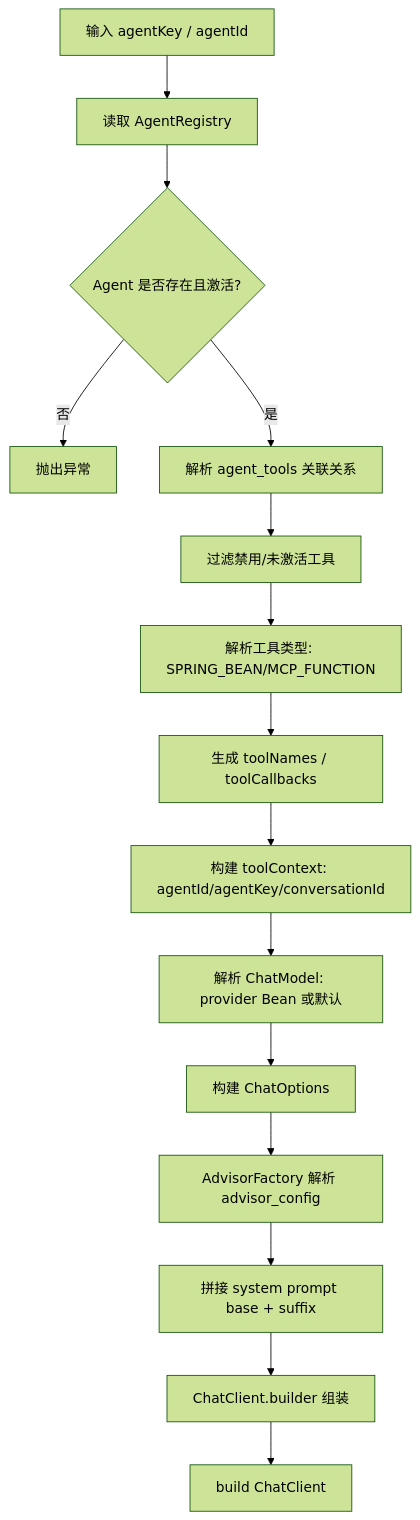
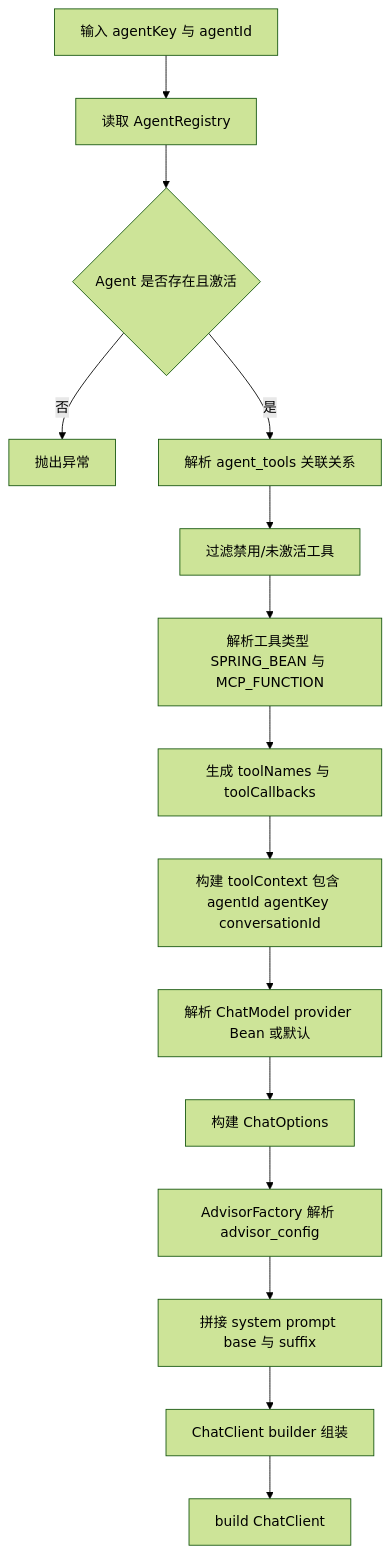
The first of 6 diagrams in README.md (letmetocode/agent), drawn with Mermaid (forest theme) before and after one commit. The commit also changed other lines of this file and 17 other files, not shown here.

````diff
--- a/README.md
+++ b/README.md
@@ -52,17 +52,17 @@
 ```mermaid
 flowchart TD
-    A[输入 agentKey / agentId] --> B[读取 AgentRegistry]
-    B --> C{Agent 是否存在且激活?}
+    A[输入 agentKey 与 agentId] --> B[读取 AgentRegistry]
+    B --> C{Agent 是否存在且激活}
     C -- 否 --> X[抛出异常]
     C -- 是 --> D[解析 agent_tools 关联关系]
     D --> E[过滤禁用/未激活工具]
-    E --> F[解析工具类型: SPRING_BEAN/MCP_FUNCTION]
-    F --> G[生成 toolNames / toolCallbacks]
-    G --> H[构建 toolContext: agentId/agentKey/conversationId]
-    H --> I[解析 ChatModel: provider Bean 或默认]
+    E --> F[解析工具类型 SPRING_BEAN 与 MCP_FUNCTION]
+    F --> G[生成 toolNames 与 toolCallbacks]
+    G --> H[构建 toolContext 包含 agentId agentKey conversationId]
+    H --> I[解析 ChatModel provider Bean 或默认]
     I --> J[构建 ChatOptions]
     J --> K[AdvisorFactory 解析 advisor_config]
-    K --> L[拼接 system prompt base + suffix]
-    L --> M[ChatClient.builder 组装]
+    K --> L[拼接 system prompt base 与 suffix]
+    L --> M[ChatClient builder 组装]
     M --> N[build ChatClient]
 ```
````
